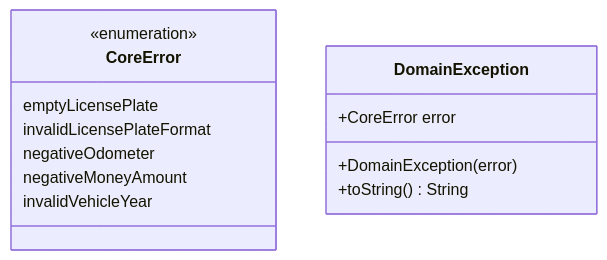
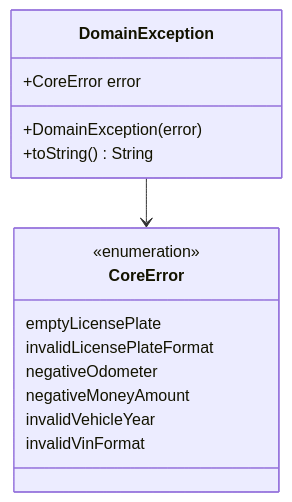
One commit to abrahdev/karter changed diagram 11 of 13 in docs/docs/developer/mobile/app-architecture.md. Above: the diagram before and after it, drawn with Mermaid. The commit also changed other lines of this file and 3 other files, not shown here.

````diff
--- a/docs/docs/developer/mobile/app-architecture.md
+++ b/docs/docs/developer/mobile/app-architecture.md
@@ -446,18 +354,20 @@
 ```mermaid
 classDiagram
     class CoreError {
         <<enumeration>>
         emptyLicensePlate
         invalidLicensePlateFormat
         negativeOdometer
         negativeMoneyAmount
         invalidVehicleYear
+        invalidVinFormat
     }
-    
+
     class DomainException {
         +CoreError error
         +DomainException(error)
         +toString() String
     }
 
+    DomainException --> CoreError
 ```
````
